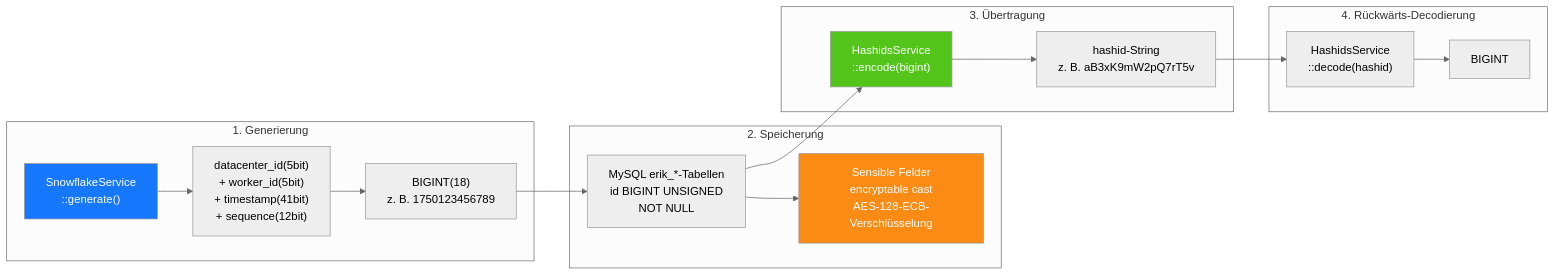
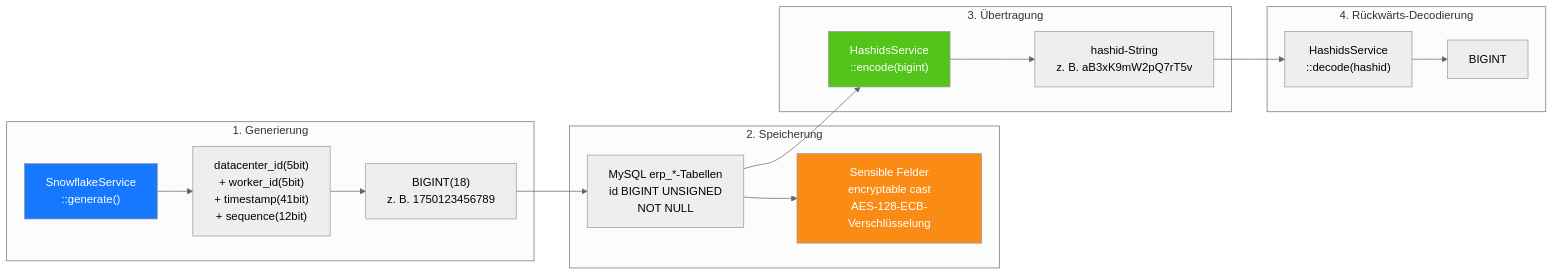
One commit to erikwang2013/erp-php changed the seventh of 20 diagrams in docs/i18n/de/ARCHITECTURE.md. Above: the diagram before and after it, drawn with Mermaid (neutral theme). The commit also changed other lines of this file and 449 other files, not shown here.

First line of the commit message:
全局命名统一：数据库 erp、表前缀 erp_、Redis 前缀 erp:（原 erik_/open_admin）

````diff
--- a/docs/i18n/de/ARCHITECTURE.md
+++ b/docs/i18n/de/ARCHITECTURE.md
@@ -373,33 +373,33 @@
 ```mermaid
 flowchart LR
     subgraph "1. Generierung"
         G1["SnowflakeService<br/>::generate()"]
         G2["datacenter_id(5bit)<br/>+ worker_id(5bit)<br/>+ timestamp(41bit)<br/>+ sequence(12bit)"]
         G3["BIGINT(18)<br/>z. B. 1750123456789"]
         G1 --> G2 --> G3
     end
 
     subgraph "2. Speicherung"
-        S1["MySQL erik_*-Tabellen<br/>id BIGINT UNSIGNED<br/>NOT NULL"]
+        S1["MySQL erp_*-Tabellen<br/>id BIGINT UNSIGNED<br/>NOT NULL"]
         S2["Sensible Felder<br/>encryptable cast<br/>AES-128-ECB-Verschlüsselung"]
         G3 --> S1
         S1 --> S2
     end
 
     subgraph "3. Übertragung"
         T1["HashidsService<br/>::encode(bigint)"]
         T2["hashid-String<br/>z. B. aB3xK9mW2pQ7rT5v"]
         S1 --> T1
         T1 --> T2
     end
 
     subgraph "4. Rückwärts-Decodierung"
         R1["HashidsService<br/>::decode(hashid)"]
         R2["BIGINT"]
         T2 --> R1 --> R2
     end
 
     style G1 fill:#1677FF,color:#fff
     style T1 fill:#52C41A,color:#fff
     style S2 fill:#FA8C16,color:#fff
 ```
````
